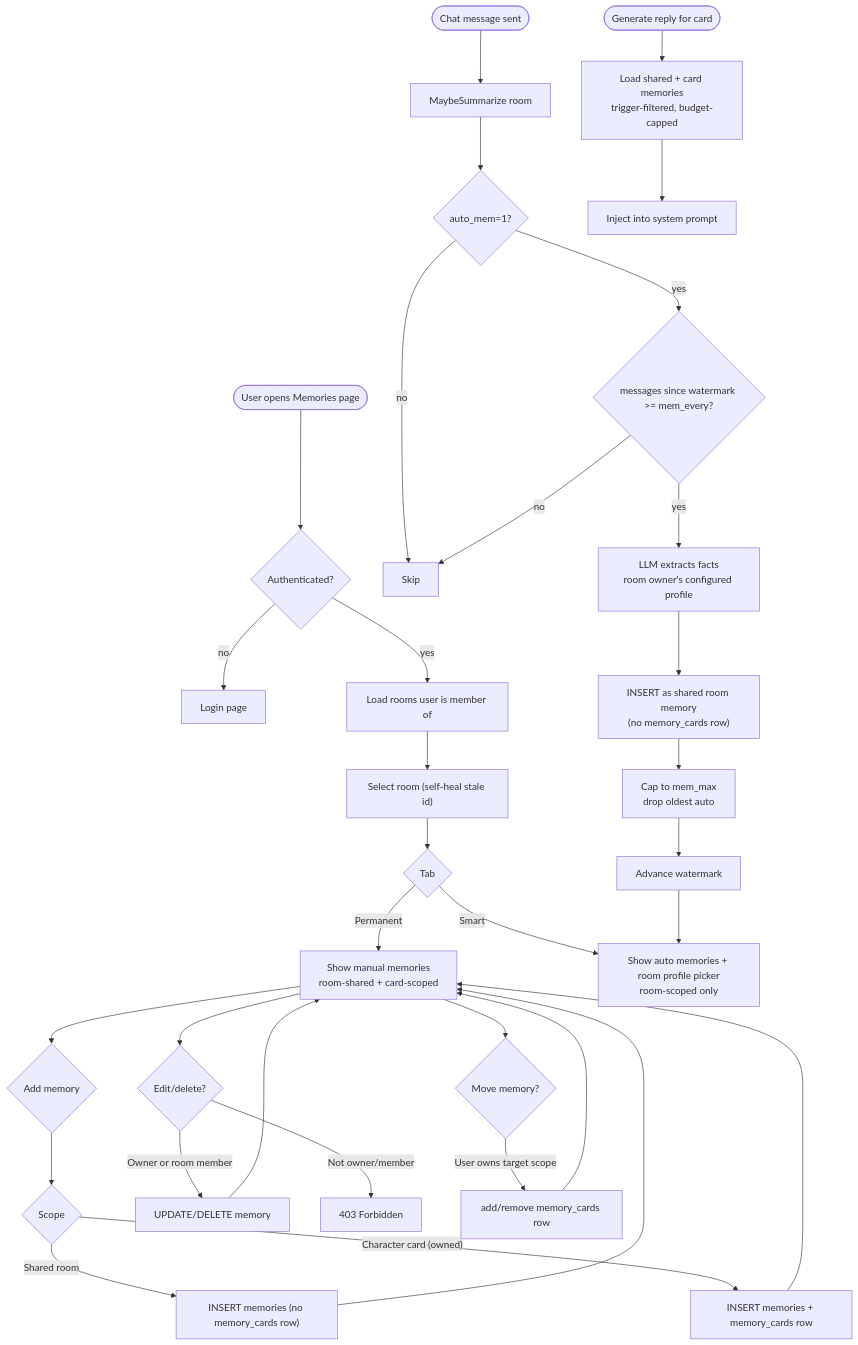
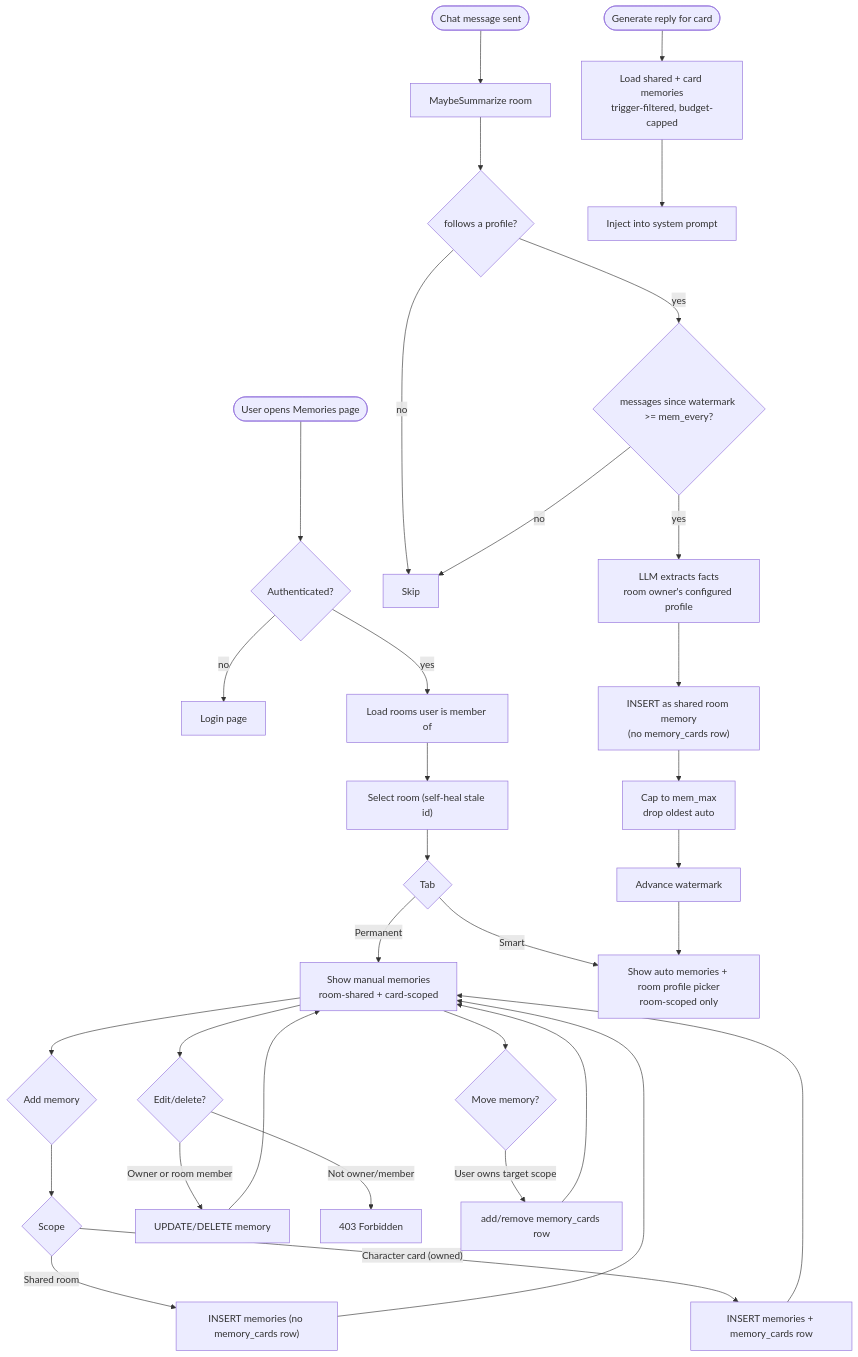
The first of 2 diagrams in docs/memories.md (XanthiaJo/BOLLOCKS), drawn with Mermaid before and after one commit. The commit also changed other lines of this file and 6 other files, not shown here.

````diff
--- a/docs/memories.md
+++ b/docs/memories.md
@@ -72,46 +72,46 @@
 ```mermaid
 flowchart TD
     Start([User opens Memories page]) --> Auth{Authenticated?}
     Auth -- no --> Login[Login page]
     Auth -- yes --> LoadRooms[Load rooms user is member of]
     LoadRooms --> SelectRoom["Select room (self-heal stale id)"]
     SelectRoom --> Tabs{Tab}
 
     Tabs -->|Permanent| PermList["Show manual memories<br/>room-shared + card-scoped"]
     Tabs -->|Smart| SmartList["Show auto memories + room profile picker<br/>room-scoped only"]
 
     %% Permanent creation
     PermList --> AddMem{Add memory}
     AddMem --> Scope{Scope}
     Scope -->|Shared room| InsShared["INSERT memories (no memory_cards row)"]
     Scope -->|"Character card (owned)"| InsCard["INSERT memories + memory_cards row"]
     InsShared --> PermList
     InsCard --> PermList
 
     %% Permanent editing
     PermList --> Edit{Edit/delete?}
     Edit -->|Owner or room member| Update["UPDATE/DELETE memory"]
     Edit -->|Not owner/member| Deny["403 Forbidden"]
     Update --> PermList
 
     %% Smart extraction
     Chat([Chat message sent]) --> MaybeSum["MaybeSummarize room"]
-    MaybeSum --> CheckAuto{auto_mem=1?}
+    MaybeSum --> CheckAuto{follows a profile?}
     CheckAuto -- no --> Skip[Skip]
     CheckAuto -- yes --> CheckInterval{"messages since watermark >= mem_every?"}
     CheckInterval -- no --> Skip
     CheckInterval -- yes --> Extract["LLM extracts facts<br/>room owner's configured profile"]
     Extract --> StoreShared["INSERT as shared room memory<br/>(no memory_cards row)"]
     StoreShared --> Cap["Cap to mem_max<br/>drop oldest auto"]
     Cap --> Watermark[Advance watermark]
     Watermark --> SmartList
 
     %% Injection
     Gen([Generate reply for card]) --> Inject["Load shared + card memories<br/>trigger-filtered, budget-capped"]
     Inject --> Prompt["Inject into system prompt"]
 
     %% Move
     PermList --> Move{Move memory?}
     Move -->|User owns target scope| MoveMem["add/remove memory_cards row"]
     MoveMem --> PermList
 ```
````
